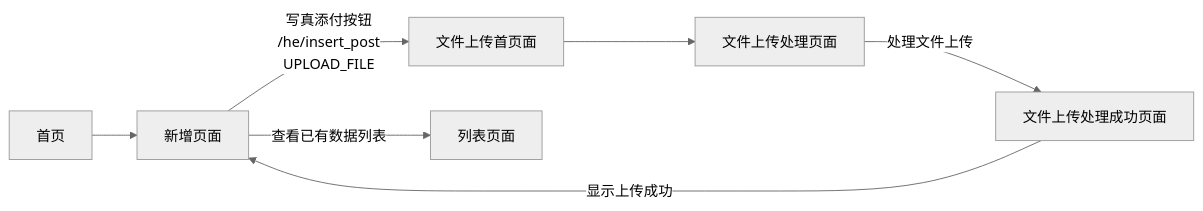
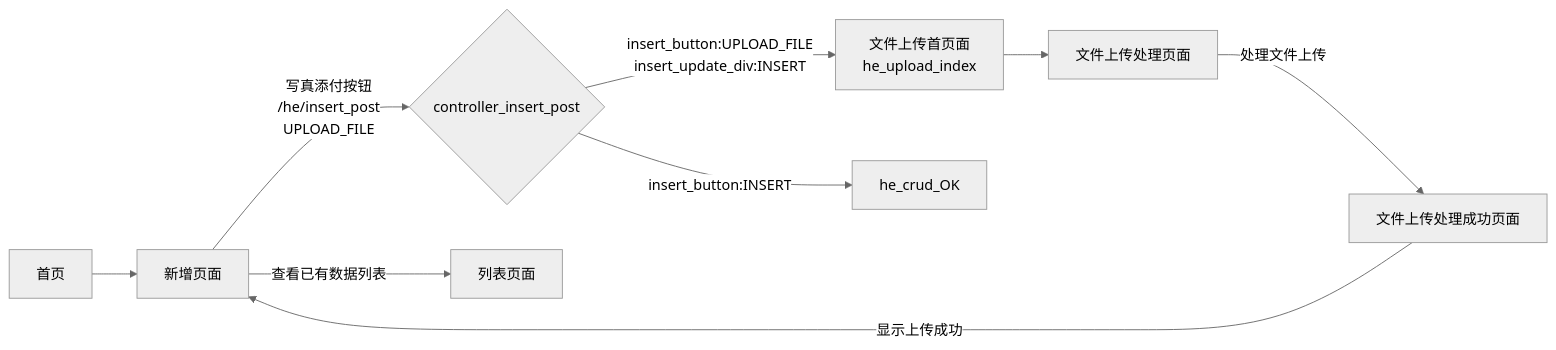
One commit to plseal/zhangzu changed the diagram in doc/he/readme.md. Above: the diagram before and after it, drawn with Mermaid (neutral theme).

````diff
--- a/doc/he/readme.md
+++ b/doc/he/readme.md
@@ -1,9 +1,11 @@
 ```mermaid
 graph LR
 A[首页] --> B[新增页面]
-B -->|写真添付按钮<br>/he/insert_post<br>UPLOAD_FILE| C[文件上传首页面]
+B --> |写真添付按钮<br>/he/insert_post<br>UPLOAD_FILE|G{controller_insert_post}
+G-->|insert_button:UPLOAD_FILE<br>insert_update_div:INSERT| C[文件上传首页面<br>he_upload_index]
+G-->|insert_button:INSERT| H[he_crud_OK]
 C --> E[文件上传处理页面]
 E-->|处理文件上传| F[文件上传处理成功页面]
 F-->|显示上传成功| B
 B -->|查看已有数据列表| D[列表页面]
 ```
````
